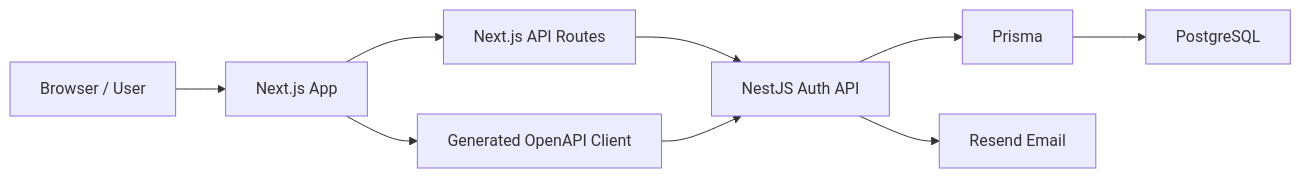
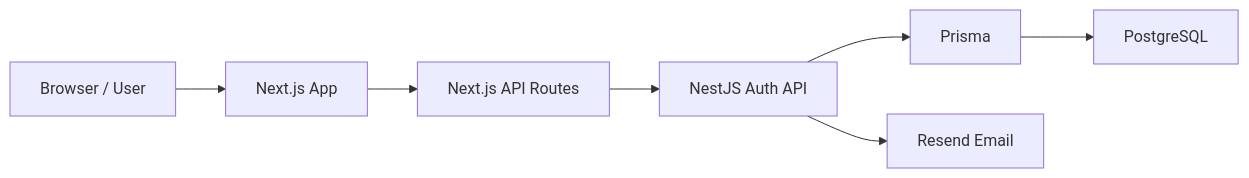
Before and after one commit to Erics-Barbers/erics-barbers-docs: the first of 11 diagrams in Authentication Flows.md, drawn with Mermaid. The commit also changed other lines of this file and 6 other files, not shown here.

````diff
--- a/Authentication Flows.md
+++ b/Authentication Flows.md
@@ -22,11 +22,9 @@
 ```mermaid
 flowchart LR
     Browser["Browser / User"] --> NextUI["Next.js App"]
     NextUI --> NextRoutes["Next.js API Routes"]
-    NextUI --> GeneratedClient["Generated OpenAPI Client"]
     NextRoutes --> NestAPI["NestJS Auth API"]
-    GeneratedClient --> NestAPI
     NestAPI --> Prisma["Prisma"]
     Prisma --> Postgres["PostgreSQL"]
     NestAPI --> Resend["Resend Email"]
 ```
````
